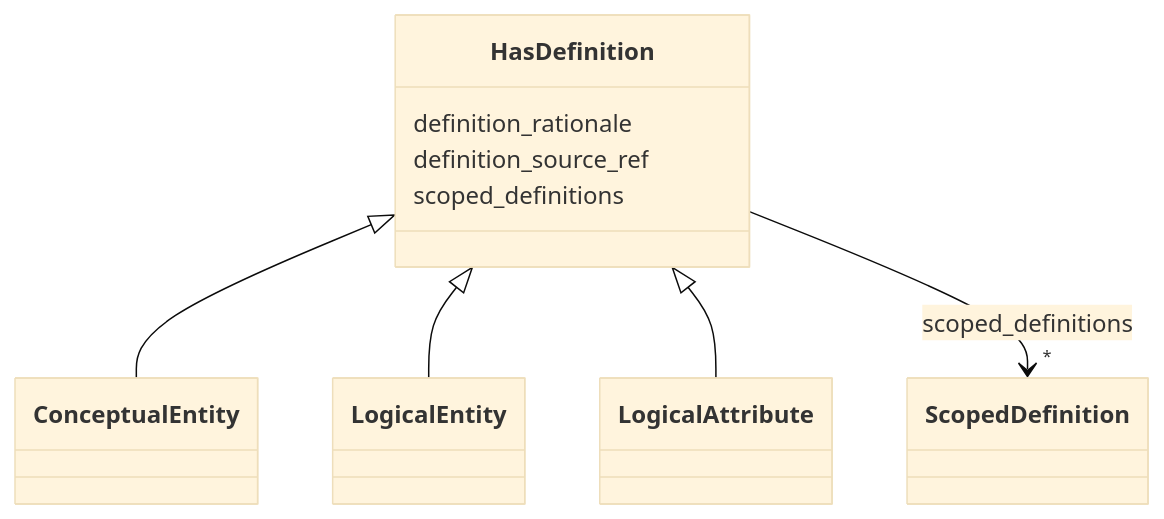
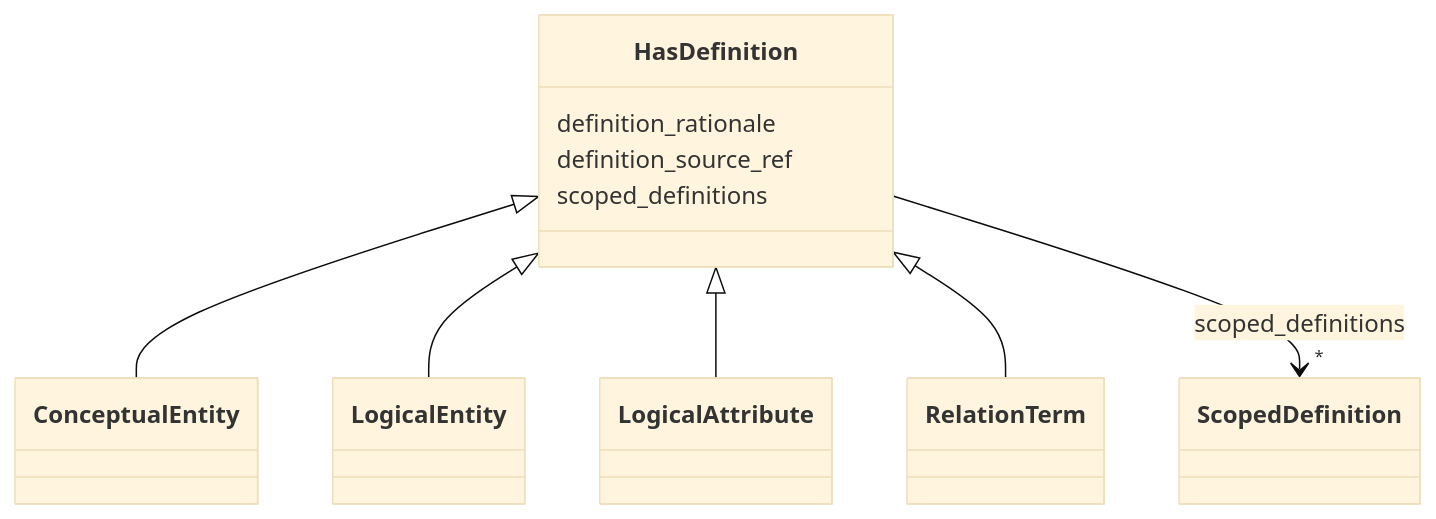
Before and after one commit to oista/moex-data-model: the diagram in generated/artifacts/moex-dams/0.1/diagrams/HasDefinition.md, drawn with Mermaid (base theme). The commit also changed 62 other files, not shown here.

````diff
--- a/generated/artifacts/moex-dams/0.1/diagrams/HasDefinition.md
+++ b/generated/artifacts/moex-dams/0.1/diagrams/HasDefinition.md
@@ -4,28 +4,30 @@
 ```mermaid
  classDiagram
     class HasDefinition
     click HasDefinition href "../HasDefinition"
       HasDefinition <|-- ConceptualEntity
         click ConceptualEntity href "../ConceptualEntity"
       HasDefinition <|-- LogicalEntity
         click LogicalEntity href "../LogicalEntity"
       HasDefinition <|-- LogicalAttribute
         click LogicalAttribute href "../LogicalAttribute"
+      HasDefinition <|-- RelationTerm
+        click RelationTerm href "../RelationTerm"
       
       HasDefinition : definition_rationale
         
       HasDefinition : definition_source_ref
         
       HasDefinition : scoped_definitions
         
           
     
         
         
         HasDefinition --> "*" ScopedDefinition : scoped_definitions
         click ScopedDefinition href "../ScopedDefinition"
     
 
         
       
 ```
````
